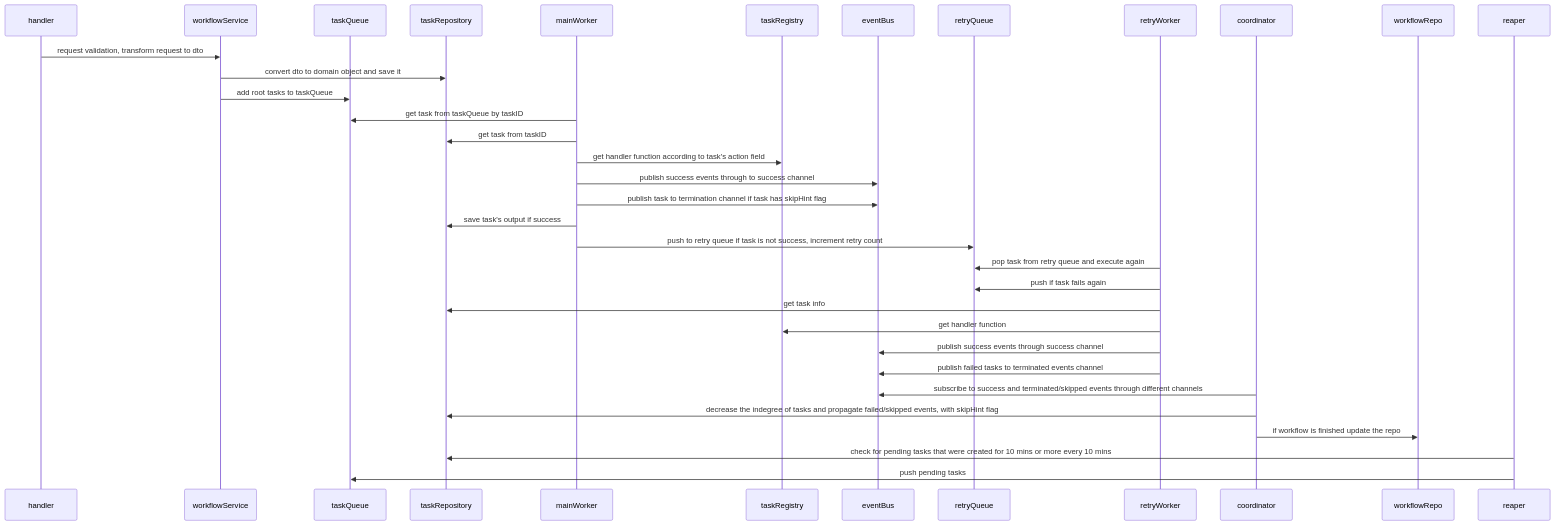
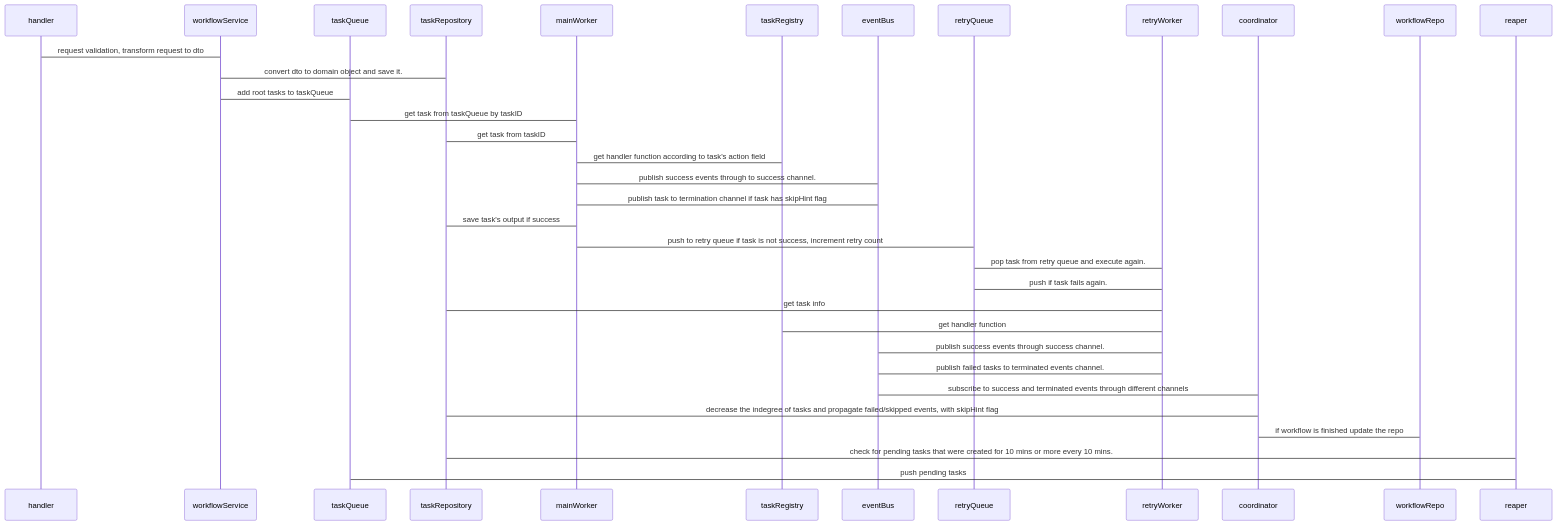
Before and after one commit to aadarshkt/temporal-java: the diagram in README.md, drawn with Mermaid. The commit also changed 14 other files, not shown here.

Commit message:
feat: implement task processing framework with abstract worker base class and RabbitMQ integration for eventBus

````diff
--- a/README.md
+++ b/README.md
@@ -32,41 +32,42 @@
 ```mermaid
 sequenceDiagram
     participant handler
     participant workflowService
     participant taskQueue
     participant taskRepository
     participant mainWorker
     participant taskRegistry
     participant eventBus
     participant retryQueue
     participant retryWorker
     participant coordinator
     participant workflowRepo
     participant reaper
 
-    handler->>workflowService: request validation, transform request to dto
-    workflowService->>taskRepository: convert dto to domain object and save it
-    workflowService->>taskQueue: add root tasks to taskQueue
-    
-    mainWorker->>taskQueue: get task from taskQueue by taskID
-    mainWorker->>taskRepository: get task from taskID
-    mainWorker->>taskRegistry: get handler function according to task's action field
-    mainWorker->>eventBus: publish success events through to success channel
-    mainWorker->>eventBus: publish task to termination channel if task has skipHint flag
-    mainWorker->>taskRepository: save task's output if success
-    mainWorker->>retryQueue: push to retry queue if task is not success, increment retry count
-    
-    retryWorker->>retryQueue: pop task from retry queue and execute again
-    retryWorker->>retryQueue: push if task fails again
-    retryWorker->>taskRepository: get task info
-    retryWorker->>taskRegistry: get handler function
-    retryWorker->>eventBus: publish success events through success channel
-    retryWorker->>eventBus: publish failed tasks to terminated events channel
-    
-    coordinator->>eventBus: subscribe to success and terminated/skipped events through different channels
-    coordinator->>taskRepository: decrease the indegree of tasks and propagate failed/skipped events, with skipHint flag
-    coordinator->>workflowRepo: if workflow is finished update the repo
-    
-    reaper->>taskRepository: check for pending tasks that were created for 10 mins or more every 10 mins
-    reaper->>taskQueue: push pending tasks
+    handler -> workflowService: request validation, transform request to dto
+   workflowService -> taskRepository: convert dto to domain object and save it. 
+   workflowService -> taskQueue: add root tasks to taskQueue
+
+
+   mainWorker -> taskQueue: get task from taskQueue by taskID
+   mainWorker -> taskRepository: get task from taskID
+   mainWorker -> taskRegistry: get handler function according to task's action field
+   mainWorker -> eventBus: publish success events through to success channel.
+   mainWorker -> eventBus: publish task to termination channel if task has skipHint flag
+   mainWorker -> taskRepository: save task's output if success
+   mainWorker -> retryQueue: push to retry queue if task is not success, increment retry count
+   retryWorker -> retryQueue: pop task from retry queue and execute again.
+   retryWorker -> retryQueue: push if task fails again.
+   retryWorker -> taskRepository: get task info
+   retryWorker -> taskRegistry: get handler function
+   retryWorker -> eventBus: publish success events through success channel.
+   retryWorker -> eventBus: publish failed tasks to terminated events channel.
+
+   coordinator -> eventBus: subscribe to success and terminated events through different channels
+   coordinator -> taskRepository: decrease the indegree of tasks and propagate failed/skipped events, with skipHint flag
+   coordinator -> workflowRepo: if workflow is finished update the repo
+
+   reaper ->taskRepository: check for pending tasks that were created for 10 mins or more every 10 mins. 
+
+   reaper -> taskQueue: push pending tasks
 ```
````
